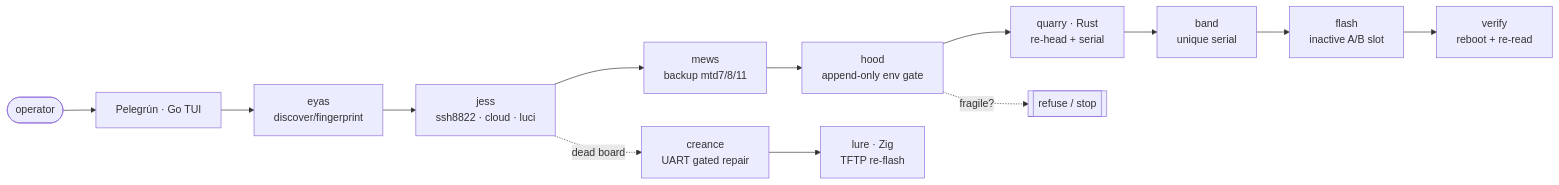
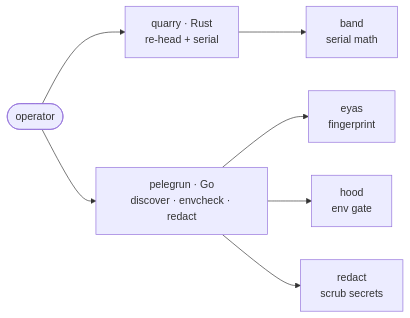
The diagram in README.md (ParkWardRR/pelegrun-ap-hk07-firmware-tools), drawn with Mermaid before and after one commit. The commit also changed other lines of this file and 88 other files, not shown here.

First line of the commit message:
refactor: slim Go CLI to three utilities; remove TUI, Zig, and shelved packages

````diff
--- a/README.md
+++ b/README.md
@@ -105,15 +71,9 @@
 ```mermaid
 flowchart LR
-  U([operator]) --> S[Pelegrún · Go TUI]
-  S --> E[eyas<br/>discover/fingerprint]
-  E --> J[jess<br/>ssh8822 · cloud · luci]
-  J --> M[mews<br/>backup mtd7/8/11]
-  M --> H[hood<br/>append-only env gate]
-  H --> Q[quarry · Rust<br/>re-head + serial]
-  Q --> B[band<br/>unique serial]
-  B --> F[flash<br/>inactive A/B slot]
-  F --> V[verify<br/>reboot + re-read]
-  H -. fragile? .-> X[[refuse / stop]]
-  J -. dead board .-> C[creance<br/>UART gated repair]
-  C --> L[lure · Zig<br/>TFTP re-flash]
+  U([operator]) --> Q[quarry · Rust<br/>re-head + serial]
+  U --> P[pelegrun · Go<br/>discover · envcheck · redact]
+  P --> E[eyas<br/>fingerprint]
+  P --> H[hood<br/>env gate]
+  P --> R[redact<br/>scrub secrets]
+  Q --> B[band<br/>serial math]
 ```
````
